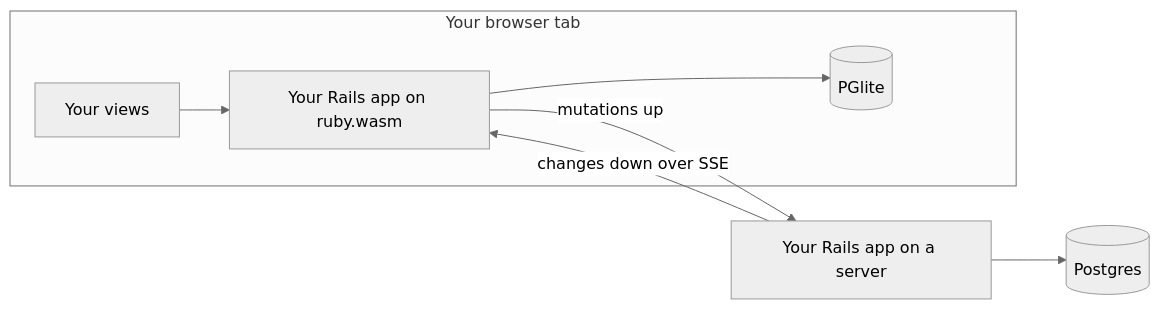
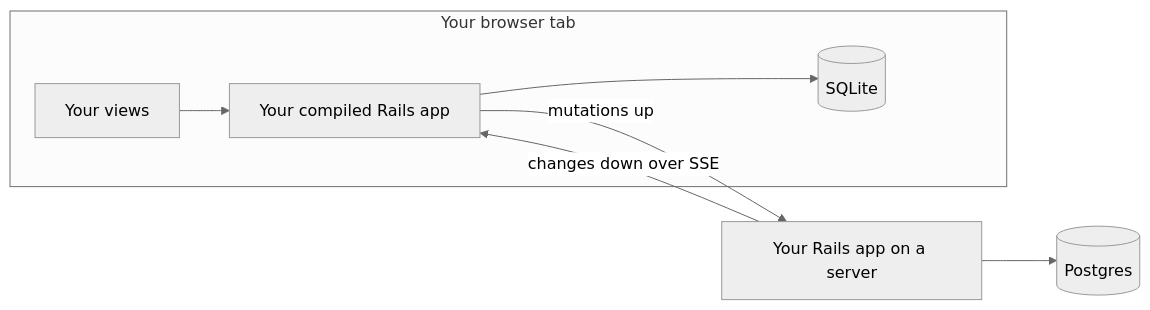
The diagram in README.md (kieranklaassen/instant_record), drawn with Mermaid (neutral theme) before and after one commit. The commit also changed other lines of this file and 64 other files, not shown here.

````diff
--- a/README.md
+++ b/README.md
@@ -33,10 +33,10 @@
 ```mermaid
 flowchart LR
   subgraph tab [Your browser tab]
-    UI[Your views] --> VM["Your Rails app on ruby.wasm"]
-    VM --> PG[(PGlite)]
+    UI[Your views] --> VM["Your compiled Rails app"]
+    VM --> DB[(SQLite)]
   end
   VM -->|mutations up| S[Your Rails app on a server]
   S --> P[(Postgres)]
   S -->|changes down over SSE| VM
 ```
````
